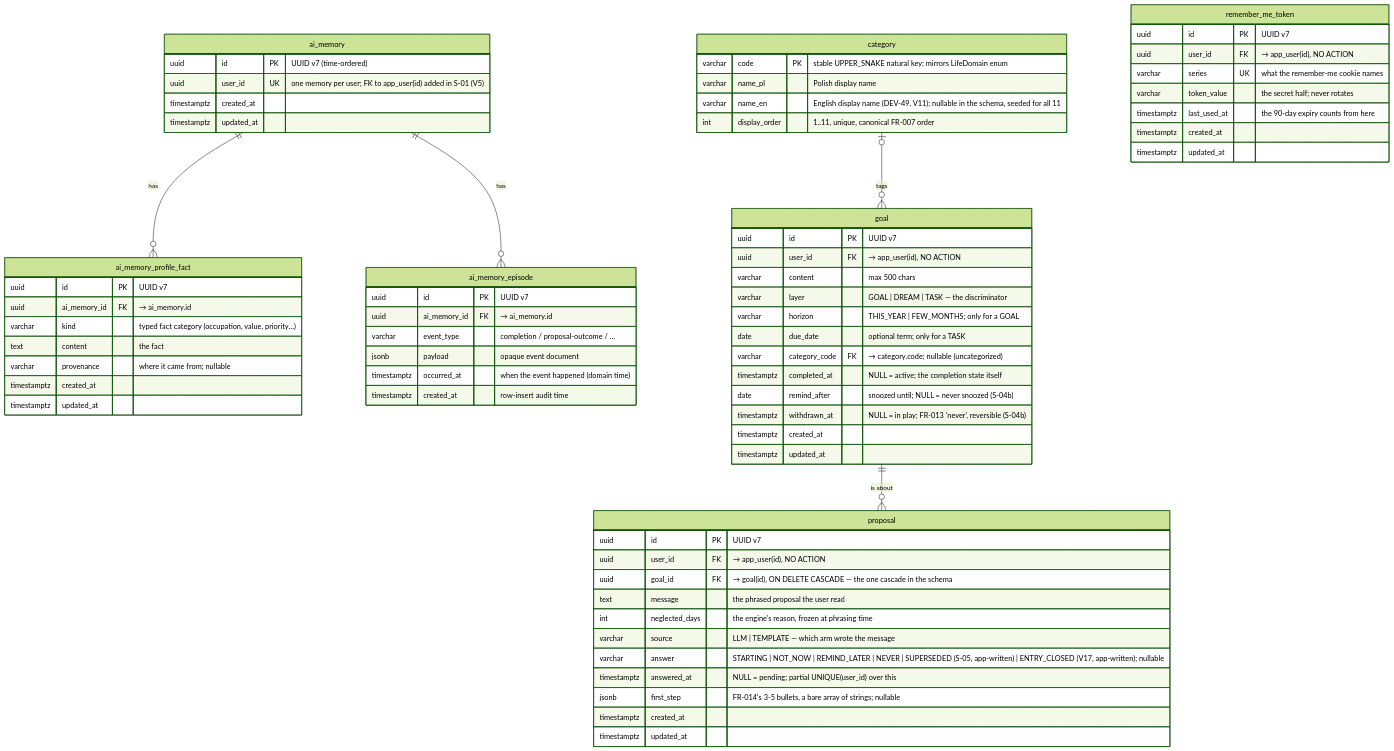
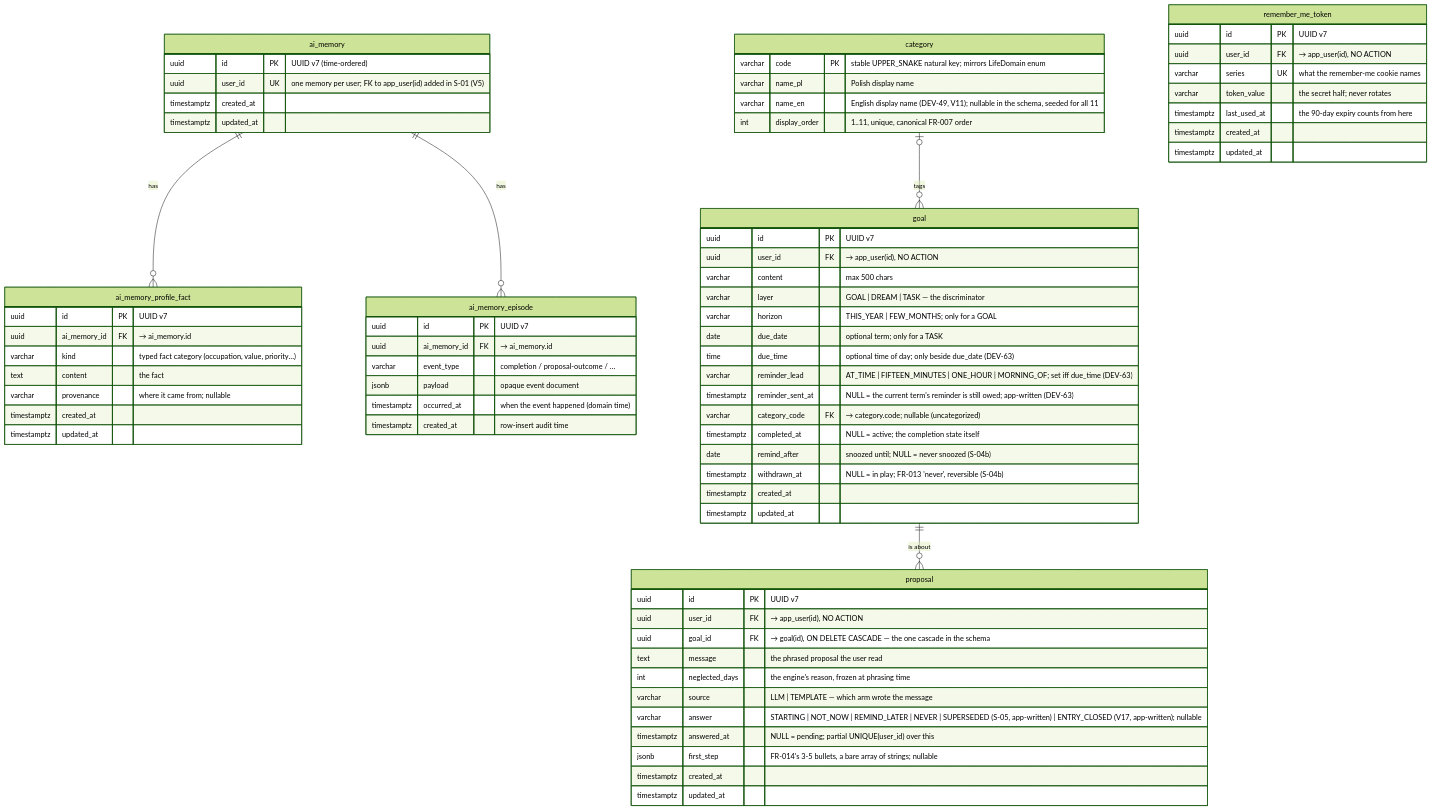
The diagram in context/foundation/data-model.md (TheDariusz/2doai), drawn with Mermaid (forest theme) before and after one commit. The commit also changed other lines of this file and 52 other files, not shown here.

First line of the commit message:
feat(due-date-reminder): a task's time of day and a reminder on its due date (DEV-63) (#81)

````diff
--- a/context/foundation/data-model.md
+++ b/context/foundation/data-model.md
@@ -10,79 +10,82 @@
 ```mermaid
 erDiagram
     category {
         varchar code PK "stable UPPER_SNAKE natural key; mirrors LifeDomain enum"
         varchar name_pl "Polish display name"
         varchar name_en "English display name (DEV-49, V11); nullable in the schema, seeded for all 11"
         int display_order "1..11, unique, canonical FR-007 order"
     }
 
     ai_memory ||--o{ ai_memory_profile_fact : has
     ai_memory ||--o{ ai_memory_episode : has
 
     ai_memory {
         uuid id PK "UUID v7 (time-ordered)"
         uuid user_id UK "one memory per user; FK to app_user(id) added in S-01 (V5)"
         timestamptz created_at
         timestamptz updated_at
     }
     ai_memory_profile_fact {
         uuid id PK "UUID v7"
         uuid ai_memory_id FK "→ ai_memory.id"
         varchar kind "typed fact category (occupation, value, priority…)"
         text content "the fact"
         varchar provenance "where it came from; nullable"
         timestamptz created_at
         timestamptz updated_at
     }
     ai_memory_episode {
         uuid id PK "UUID v7"
         uuid ai_memory_id FK "→ ai_memory.id"
         varchar event_type "completion / proposal-outcome / …"
         jsonb payload "opaque event document"
         timestamptz occurred_at "when the event happened (domain time)"
         timestamptz created_at "row-insert audit time"
     }
 
     category |o--o{ goal : "tags"
 
     goal {
         uuid id PK "UUID v7"
         uuid user_id FK "→ app_user(id), NO ACTION"
         varchar content "max 500 chars"
         varchar layer "GOAL | DREAM | TASK — the discriminator"
         varchar horizon "THIS_YEAR | FEW_MONTHS; only for a GOAL"
         date due_date "optional term; only for a TASK"
+        time due_time "optional time of day; only beside due_date (DEV-63)"
+        varchar reminder_lead "AT_TIME | FIFTEEN_MINUTES | ONE_HOUR | MORNING_OF; set iff due_time (DEV-63)"
+        timestamptz reminder_sent_at "NULL = the current term's reminder is still owed; app-written (DEV-63)"
         varchar category_code FK "→ category.code; nullable (uncategorized)"
         timestamptz completed_at "NULL = active; the completion state itself"
         date remind_after "snoozed until; NULL = never snoozed (S-04b)"
         timestamptz withdrawn_at "NULL = in play; FR-013 'never', reversible (S-04b)"
         timestamptz created_at
         timestamptz updated_at
     }
 
     goal ||--o{ proposal : "is about"
 
     proposal {
         uuid id PK "UUID v7"
         uuid user_id FK "→ app_user(id), NO ACTION"
         uuid goal_id FK "→ goal(id), ON DELETE CASCADE — the one cascade in the schema"
         text message "the phrased proposal the user read"
         int neglected_days "the engine's reason, frozen at phrasing time"
         varchar source "LLM | TEMPLATE — which arm wrote the message"
         varchar answer "STARTING | NOT_NOW | REMIND_LATER | NEVER | SUPERSEDED (S-05, app-written) | ENTRY_CLOSED (V17, app-written); nullable"
         timestamptz answered_at "NULL = pending; partial UNIQUE(user_id) over this"
         jsonb first_step "FR-014's 3-5 bullets, a bare array of strings; nullable"
         timestamptz created_at
         timestamptz updated_at
     }
 
     remember_me_token {
         uuid id PK "UUID v7"
         uuid user_id FK "→ app_user(id), NO ACTION"
         varchar series UK "what the remember-me cookie names"
         varchar token_value "the secret half; never rotates"
         timestamptz last_used_at "the 90-day expiry counts from here"
         timestamptz created_at
         timestamptz updated_at
     }
 ```
````
